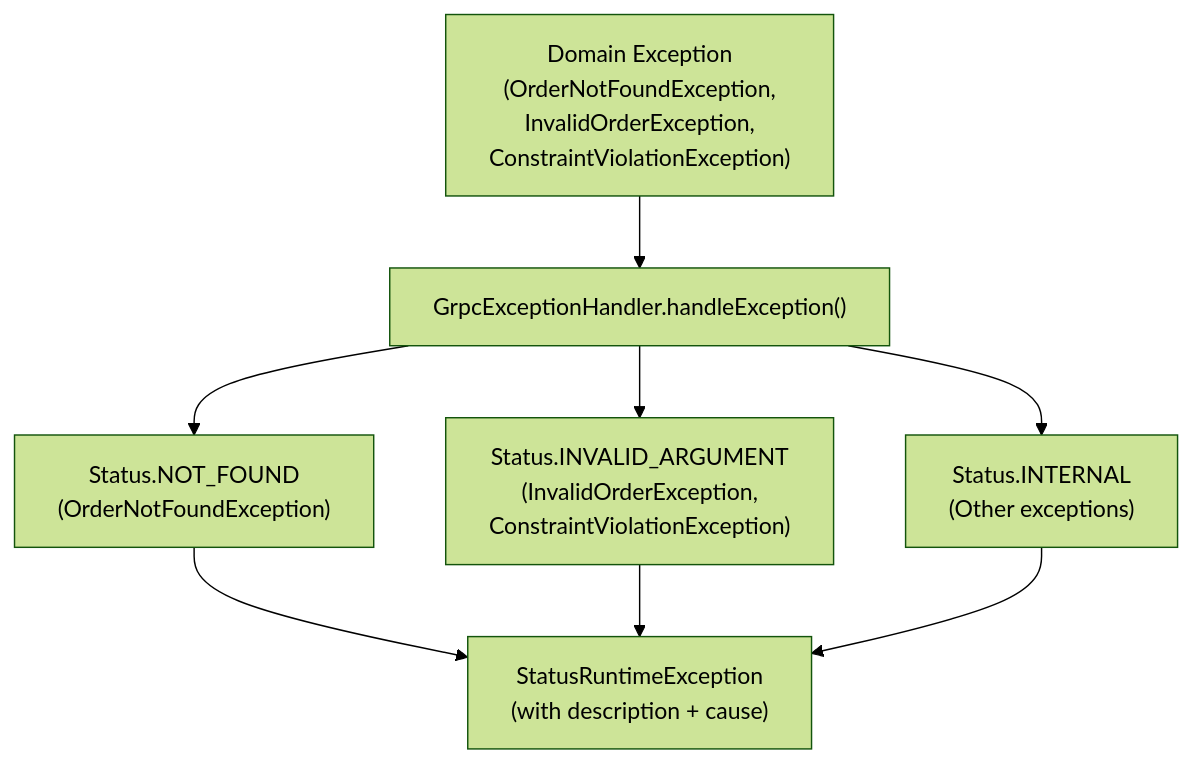
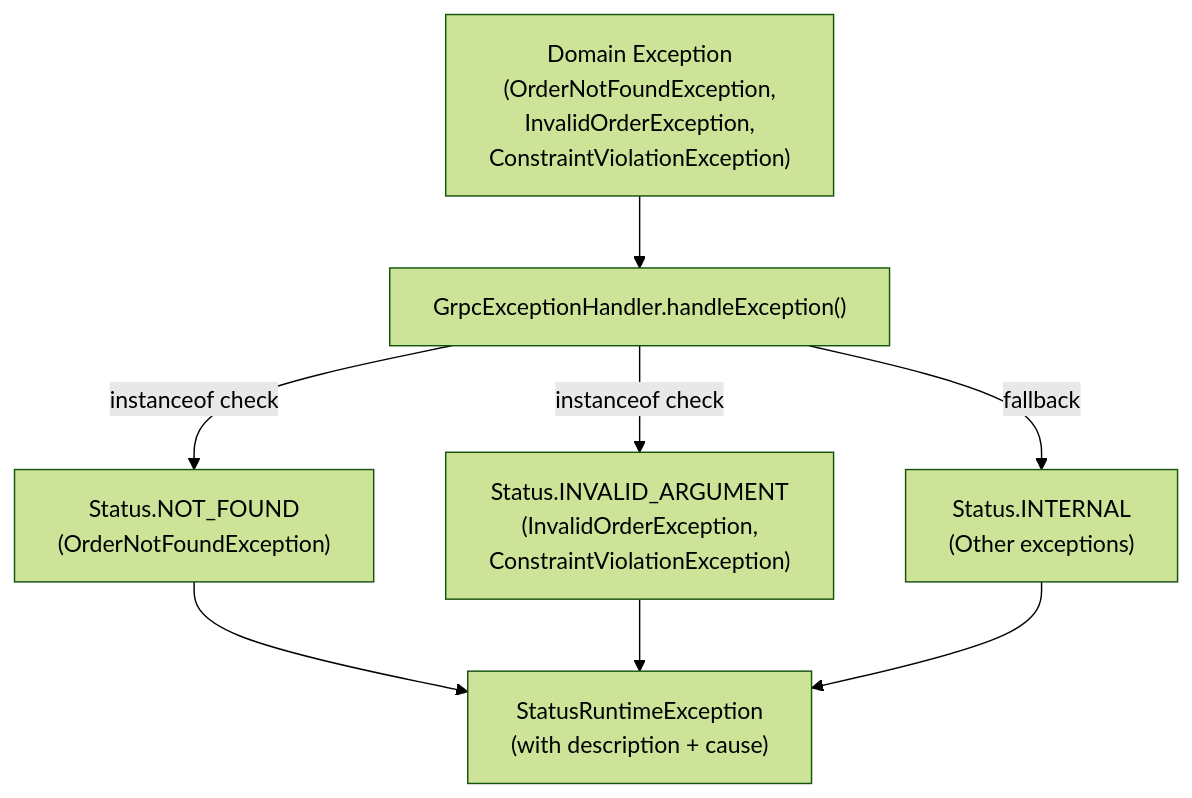
Before and after one commit to philipz/spring-modular-monolith: the fifth of 6 diagrams in docs/deepwiki/gRPC-Services-and-Protocol-Buffers.md, drawn with Mermaid (forest theme). The commit also changed other lines of this file and 55 other files, not shown here.

````diff
--- a/docs/deepwiki/gRPC-Services-and-Protocol-Buffers.md
+++ b/docs/deepwiki/gRPC-Services-and-Protocol-Buffers.md
@@ -319,18 +319,18 @@
 ```mermaid
 flowchart TD
 
 DomainException["Domain Exception<br>(OrderNotFoundException,<br>InvalidOrderException,<br>ConstraintViolationException)"]
 GrpcExceptionHandler["GrpcExceptionHandler.handleException()"]
 NOT_FOUND["Status.NOT_FOUND<br>(OrderNotFoundException)"]
 INVALID_ARGUMENT["Status.INVALID_ARGUMENT<br>(InvalidOrderException,<br>ConstraintViolationException)"]
 INTERNAL["Status.INTERNAL<br>(Other exceptions)"]
 StatusRuntimeException["StatusRuntimeException<br>(with description + cause)"]
 
 DomainException --> GrpcExceptionHandler
-GrpcExceptionHandler --> NOT_FOUND
-GrpcExceptionHandler --> INVALID_ARGUMENT
-GrpcExceptionHandler --> INTERNAL
+GrpcExceptionHandler -->|"instanceof check"| NOT_FOUND
+GrpcExceptionHandler -->|"instanceof check"| INVALID_ARGUMENT
+GrpcExceptionHandler -->|"fallback"| INTERNAL
 NOT_FOUND --> StatusRuntimeException
 INVALID_ARGUMENT --> StatusRuntimeException
 INTERNAL --> StatusRuntimeException
 ```
````
